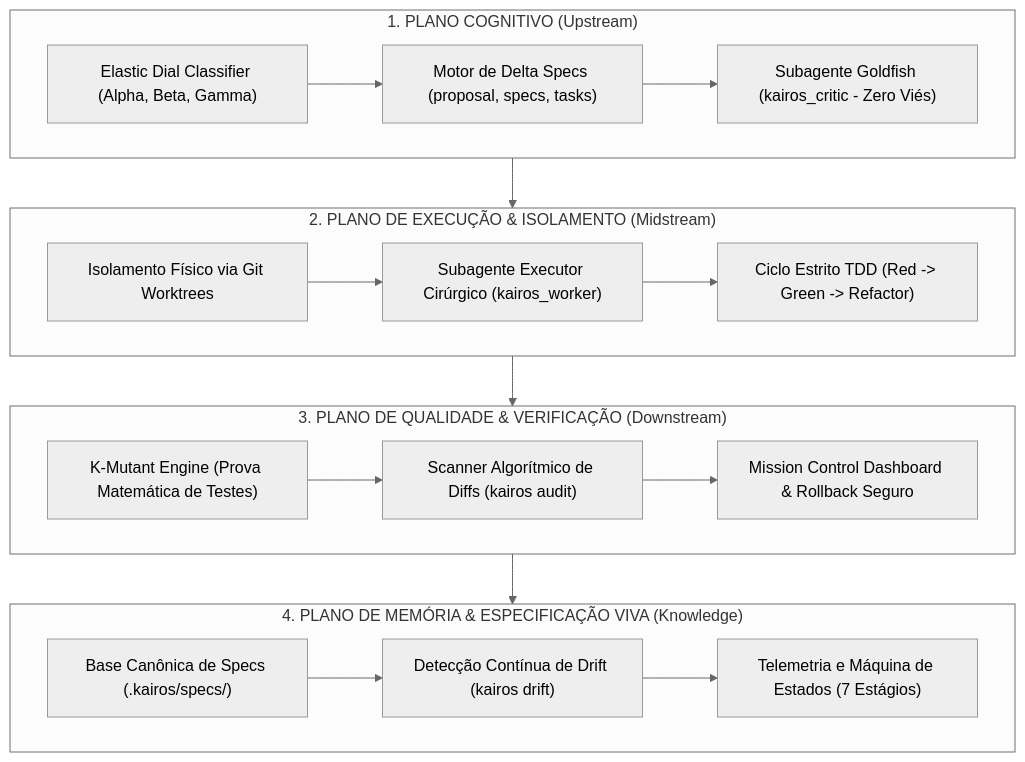
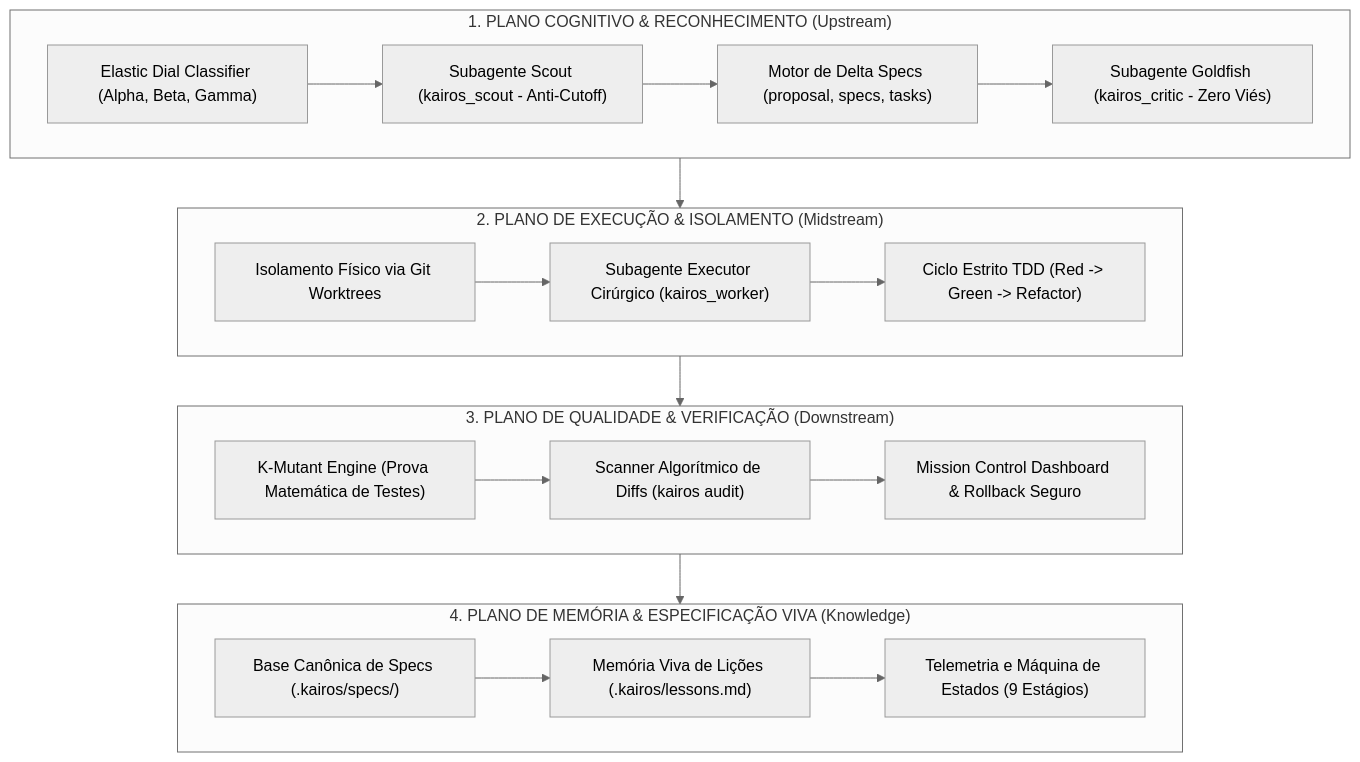
Before and after one commit to ismaelsoilet/kairos-framework: the diagram in docs/ARQUITETURA_GERAL.md, drawn with Mermaid (neutral theme). The commit also changed 4 other files, not shown here.

Commit message:
docs(modernization): update master READMEs, architecture blueprints, and CLI reference with full 9-stage SDLC and tech scout engine

````diff
--- a/docs/ARQUITETURA_GERAL.md
+++ b/docs/ARQUITETURA_GERAL.md
@@ -40,32 +40,33 @@
 ```mermaid
 flowchart TD
-    subgraph P1["1. PLANO COGNITIVO (Upstream)"]
+    subgraph P1["1. PLANO COGNITIVO & RECONHECIMENTO (Upstream)"]
         DIAL["Elastic Dial Classifier (Alpha, Beta, Gamma)"]
+        SCOUT["Subagente Scout (kairos_scout - Anti-Cutoff)"]
         SPEC["Motor de Delta Specs (proposal, specs, tasks)"]
         CRITIC["Subagente Goldfish (kairos_critic - Zero Viés)"]
-        DIAL --> SPEC --> CRITIC
+        DIAL --> SCOUT --> SPEC --> CRITIC
     end
 
     subgraph P2["2. PLANO DE EXECUÇÃO & ISOLAMENTO (Midstream)"]
         WT["Isolamento Físico via Git Worktrees"]
         WORKER["Subagente Executor Cirúrgico (kairos_worker)"]
         TDD["Ciclo Estrito TDD (Red -> Green -> Refactor)"]
         WT --> WORKER --> TDD
     end
 
     subgraph P3["3. PLANO DE QUALIDADE & VERIFICAÇÃO (Downstream)"]
         KMUT["K-Mutant Engine (Prova Matemática de Testes)"]
         AUDIT["Scanner Algorítmico de Diffs (kairos audit)"]
         DASH["Mission Control Dashboard & Rollback Seguro"]
         KMUT --> AUDIT --> DASH
     end
 
     subgraph P4["4. PLANO DE MEMÓRIA & ESPECIFICAÇÃO VIVA (Knowledge)"]
         SPECS["Base Canônica de Specs (.kairos/specs/)"]
-        DRIFT["Detecção Contínua de Drift (kairos drift)"]
-        TELEMETRY["Telemetria e Máquina de Estados (7 Estágios)"]
-        SPECS --> DRIFT --> TELEMETRY
+        LESSONS["Memória Viva de Lições (.kairos/lessons.md)"]
+        TELEMETRY["Telemetria e Máquina de Estados (9 Estágios)"]
+        SPECS --> LESSONS --> TELEMETRY
     end
 
     P1 --> P2 --> P3 --> P4
 ```
````
